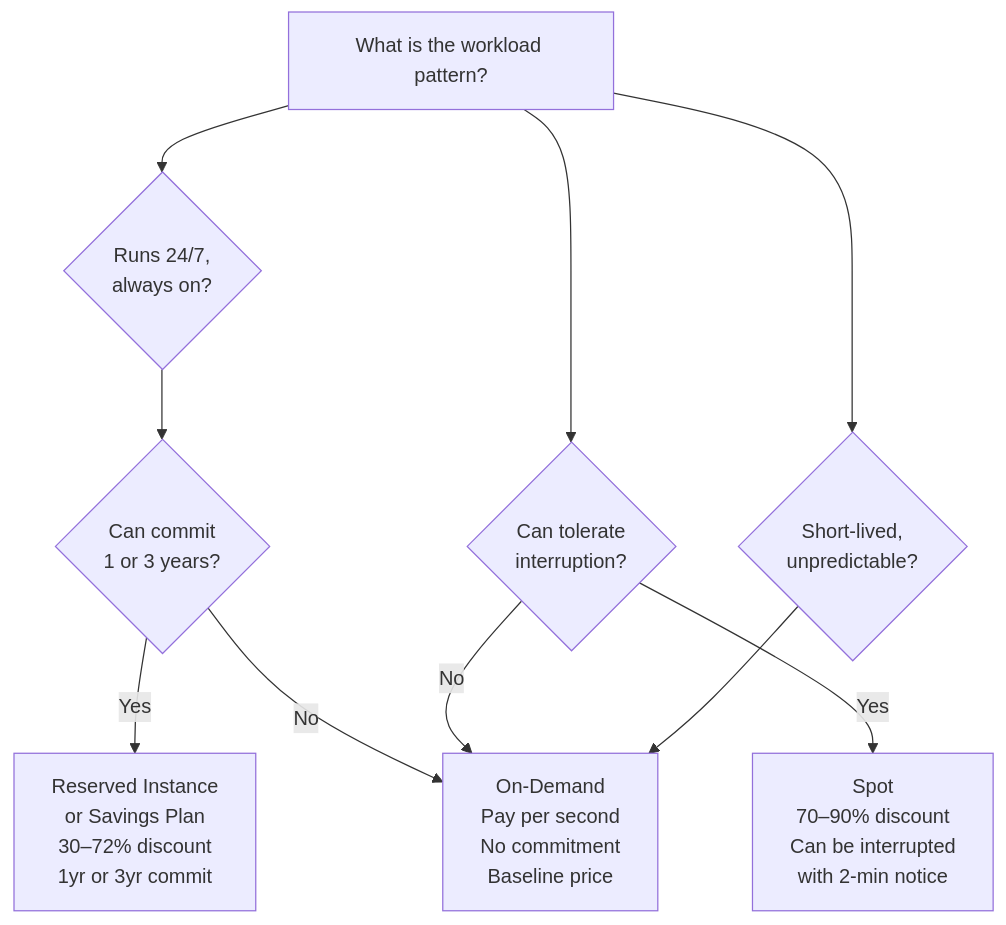
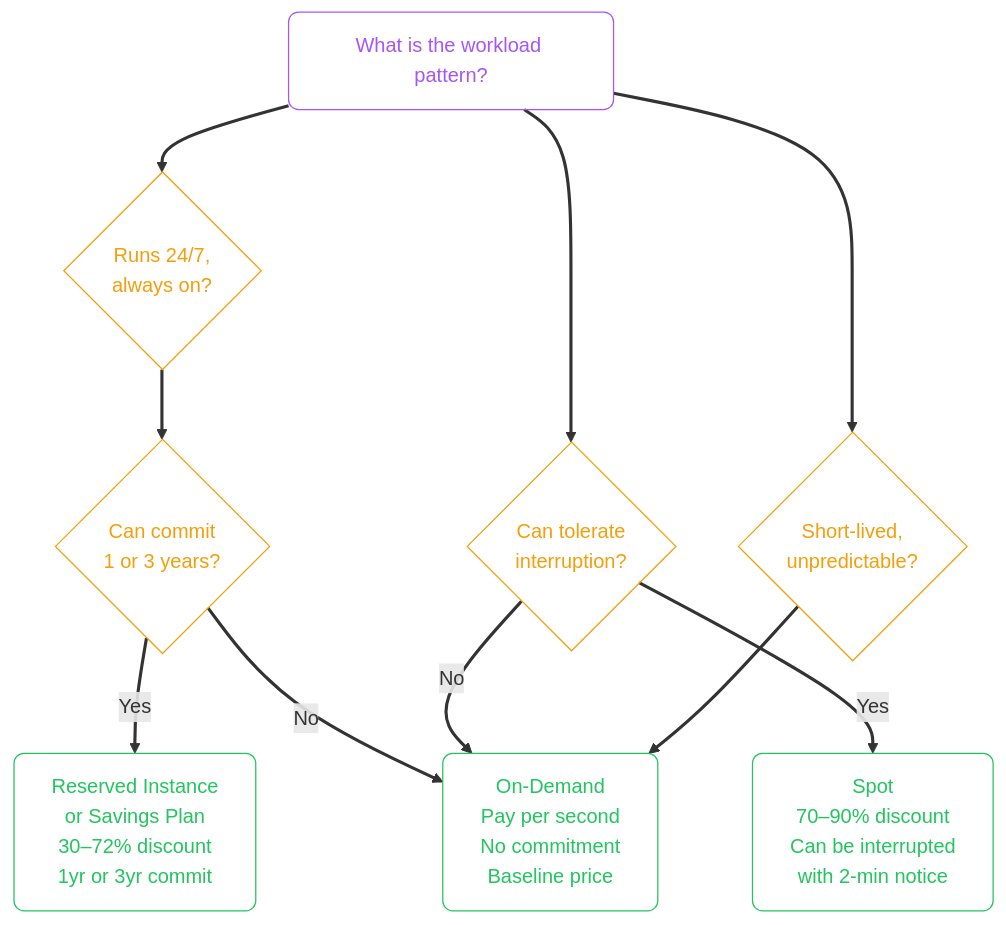
One commit to zafarale/cloudification changed the second of 6 diagrams in src/content/cloud/aws/02-intro-vms.mdx. Above: the diagram before and after it, drawn with Mermaid. The commit also changed other lines of this file and 84 other files, not shown here.

````diff
--- a/src/content/cloud/aws/02-intro-vms.mdx
+++ b/src/content/cloud/aws/02-intro-vms.mdx
@@ -91,21 +98,28 @@
 ```mermaid
 flowchart TD
-    WORKLOAD["What is the workload pattern?"]
+    accTitle: Pricing Models
+    accDescr: Flowchart (td) showing What is the workload pattern, Runs 24/7, always on, Can tolerate interruption
+    classDef step fill:none,stroke:#a855f7,color:#a855f7,rx:8,ry:8
+    classDef ok   fill:none,stroke:#22c55e,color:#22c55e,rx:8,ry:8
+    classDef decesion fill:none,stroke:#f59e0b,color:#f59e0b,rx:8,ry:8
+    linkStyle default stroke-width:2.5px
 
-    STEADY{"Runs 24/7,\nalways on?"}
-    FLEX{"Can tolerate\ninterruption?"}
-    SHORT{"Short-lived,\nunpredictable?"}
-    COMMIT{"Can commit\n1 or 3 years?"}
+    WORKLOAD["What is the workload pattern?"]:::step
 
-    ON_DEMAND["On-Demand\nPay per second\nNo commitment\nBaseline price"]
-    SPOT["Spot\n70–90% discount\nCan be interrupted\nwith 2-min notice"]
-    RESERVED["Reserved Instance\nor Savings Plan\n30–72% discount\n1yr or 3yr commit"]
+    STEADY{"Runs 24/7,<br/>always on?"}:::decesion
+    FLEX{"Can tolerate<br/>interruption?"}:::decesion
+    SHORT{"Short-lived,<br/>unpredictable?"}:::decesion
+    COMMIT{"Can commit<br/>1 or 3 years?"}:::decesion
+
+    ON_DEMAND["On-Demand<br/>Pay per second<br/>No commitment<br/>Baseline price"]:::ok
+    SPOT["Spot<br/>70–90% discount<br/>Can be interrupted<br/>with 2-min notice"]:::ok
+    RESERVED["Reserved Instance<br/>or Savings Plan<br/>30–72% discount<br/>1yr or 3yr commit"]:::ok
 
     WORKLOAD --> STEADY & FLEX & SHORT
     STEADY --> COMMIT
     COMMIT -- "Yes" --> RESERVED
     COMMIT -- "No" --> ON_DEMAND
     FLEX -- "Yes" --> SPOT
     FLEX -- "No" --> ON_DEMAND
     SHORT --> ON_DEMAND
 ```
````
